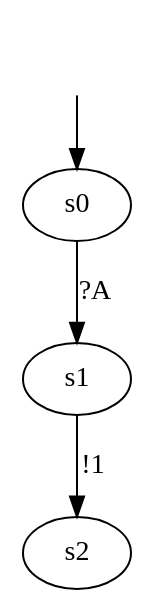
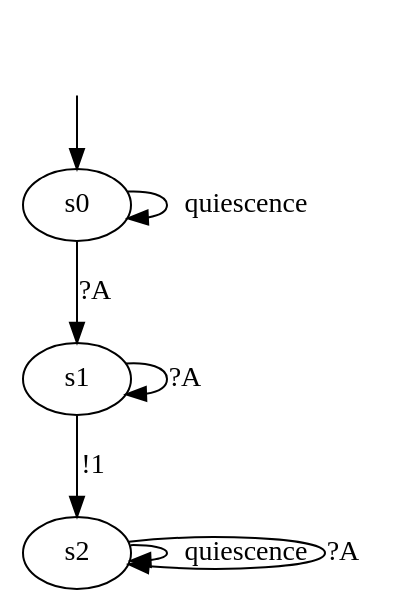
One commit to haubitzer/AALpy changed the diagram in DotModels/Iolts/01_iolts.dot. Above: the diagram before and after it, drawn with Graphviz. The commit also changed 8 other files, not shown here.

```diff
--- a/DotModels/Iolts/01_iolts.dot
+++ b/DotModels/Iolts/01_iolts.dot
@@ -1,11 +1,13 @@
-digraph learnedModel {
+digraph "../../DotModels/Iolts/01_iolts" {
 s0 [label=s0];
 s1 [label=s1];
 s2 [label=s2];
-
+s0 -> s0  [label=quiescence];
 s0 -> s1  [label="?A"];
 s1 -> s2  [label="!1"];
-
+s1 -> s1  [label="?A"];
+s2 -> s2  [label=quiescence];
+s2 -> s2  [label="?A"];
 __start0 [label="", shape=none];
 __start0 -> s0  [label=""];
 }
```
